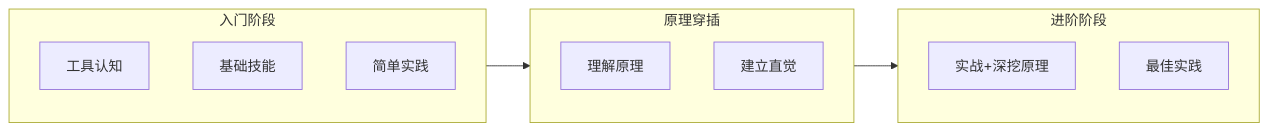
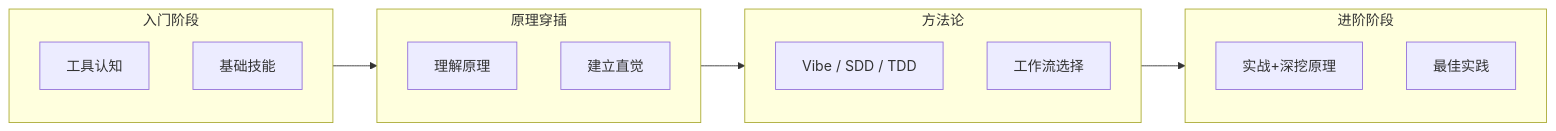
One commit to cuihe500/ai-study changed the first of 2 diagrams in docs/DESIGN.md. Above: the diagram before and after it, drawn with Mermaid. The commit also changed other lines of this file and 14 other files, not shown here.

````diff
--- a/docs/DESIGN.md
+++ b/docs/DESIGN.md
@@ -116,23 +116,28 @@
 ```mermaid
 flowchart LR
-    A[入门阶段<br/>1-4章] --> B[原理穿插<br/>第5章] --> C[进阶阶段<br/>6-14章]
+    A[入门阶段<br/>1-3章] --> B[原理穿插<br/>第4章] --> M[方法论<br/>第5章] --> C[进阶阶段<br/>6-14章]
 
     subgraph A [入门阶段]
         direction TB
         A1[工具认知]
         A2[基础技能]
-        A3[简单实践]
     end
 
     subgraph B [原理穿插]
         direction TB
         B1[理解原理]
         B2[建立直觉]
     end
 
+    subgraph M [方法论]
+        direction TB
+        M1[Vibe / SDD / TDD]
+        M2[工作流选择]
+    end
+
     subgraph C [进阶阶段]
         direction TB
         C1[实战+深挖原理]
         C2[最佳实践]
     end
 ```
````
